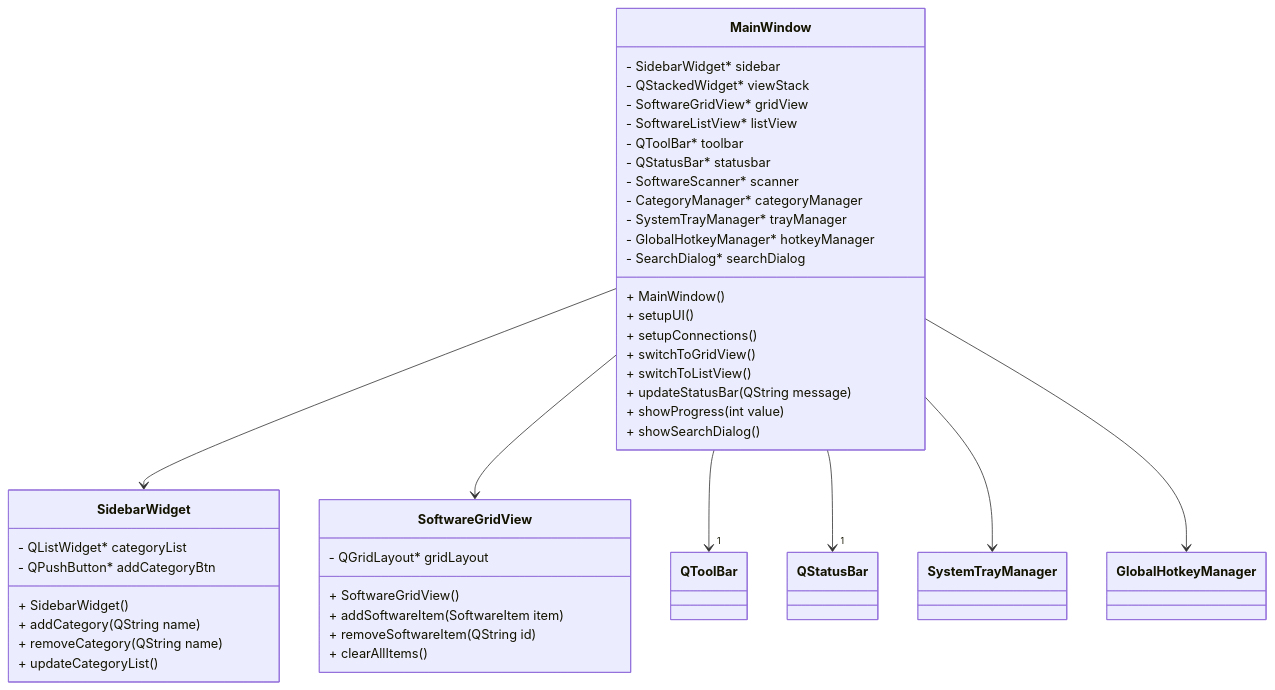
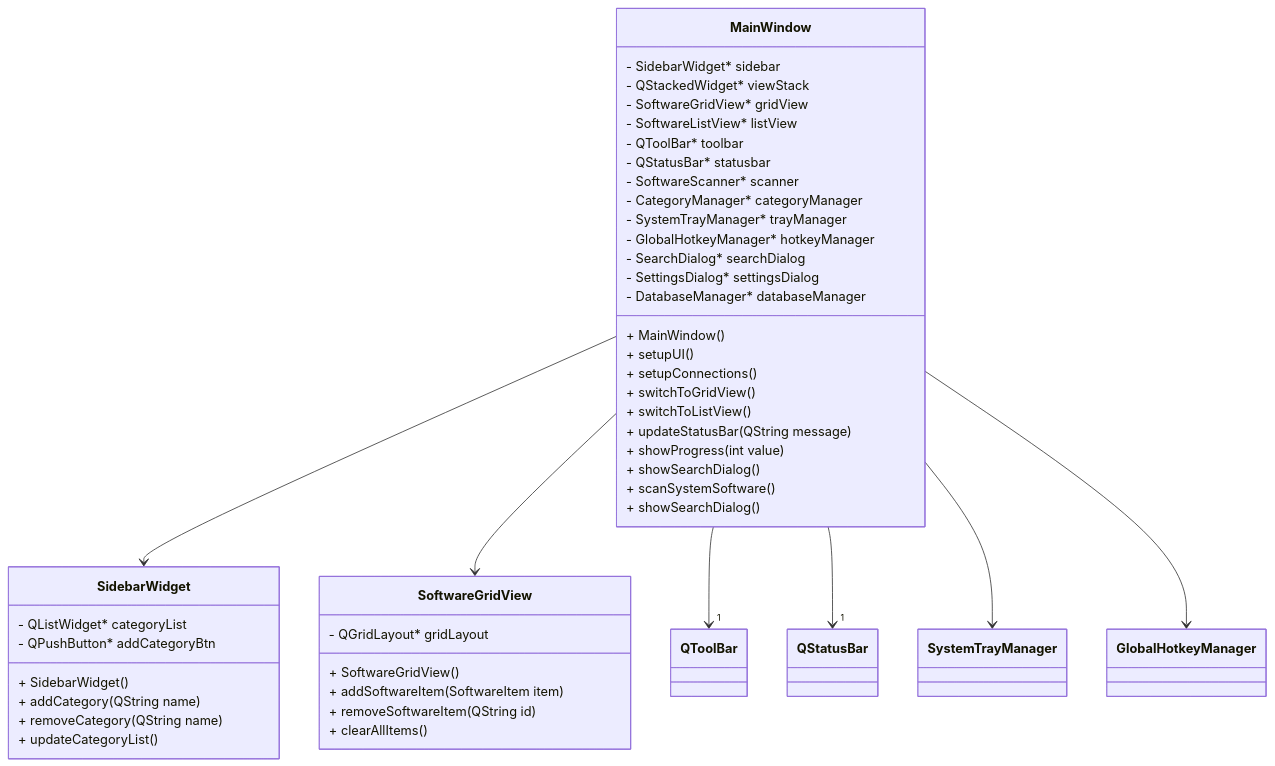
The eighth of 18 diagrams in qt-software-manager-development.md (gediscover/software-manager), drawn with Mermaid before and after one commit. The commit also changed other lines of this file and 32 other files, not shown here.

````diff
--- a/qt-software-manager-development.md
+++ b/qt-software-manager-development.md
@@ -621,48 +639,52 @@
 ```mermaid
 classDiagram
     class MainWindow {
         - SidebarWidget* sidebar
         - QStackedWidget* viewStack
         - SoftwareGridView* gridView
         - SoftwareListView* listView
         - QToolBar* toolbar
         - QStatusBar* statusbar
         - SoftwareScanner* scanner
         - CategoryManager* categoryManager
         - SystemTrayManager* trayManager
         - GlobalHotkeyManager* hotkeyManager
         - SearchDialog* searchDialog
+        - SettingsDialog* settingsDialog
+        - DatabaseManager* databaseManager
         + MainWindow()
         + setupUI()
         + setupConnections()
         + switchToGridView()
         + switchToListView()
         + updateStatusBar(QString message)
         + showProgress(int value)
+        + showSearchDialog()
+        + scanSystemSoftware()
         + showSearchDialog()
     }
     
     class SidebarWidget {
         - QListWidget* categoryList
         - QPushButton* addCategoryBtn
         + SidebarWidget()
         + addCategory(QString name)
         + removeCategory(QString name)
         + updateCategoryList()
     }
     
     class SoftwareGridView {
         - QGridLayout* gridLayout
         + SoftwareGridView()
         + addSoftwareItem(SoftwareItem item)
         + removeSoftwareItem(QString id)
         + clearAllItems()
     }
     
     MainWindow --> SidebarWidget
     MainWindow --> SoftwareGridView
     MainWindow --> "1" QToolBar
     MainWindow --> "1" QStatusBar
     MainWindow --> SystemTrayManager
     MainWindow --> GlobalHotkeyManager
 ```
````
